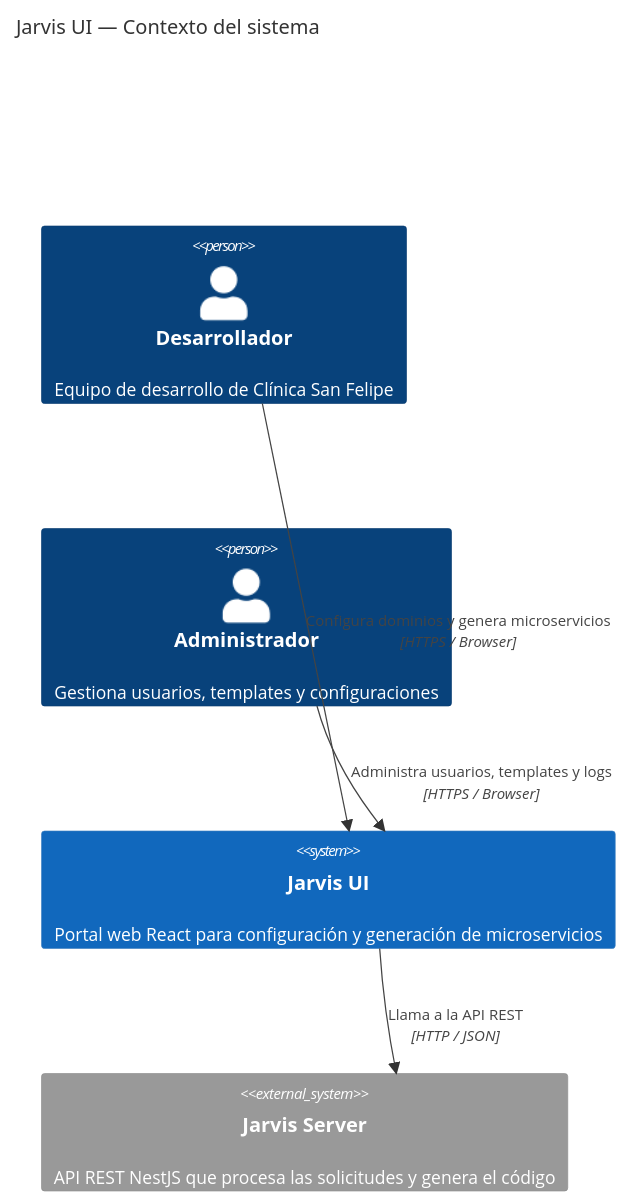
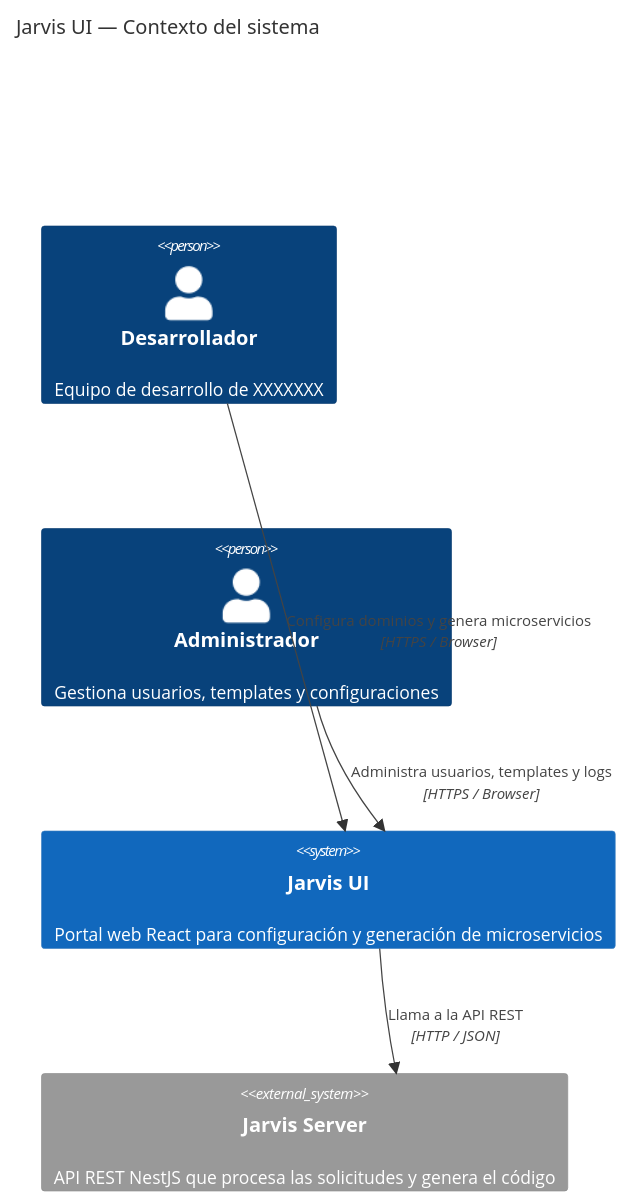
Before and after one commit to HCE-REPOSV1/HCE-STARTER-PLATFORM: the first of 4 diagrams in jarvis-ui/README.md, drawn with Mermaid. The commit also changed other lines of this file and 21 other files, not shown here.

````diff
--- a/jarvis-ui/README.md
+++ b/jarvis-ui/README.md
@@ -96,15 +96,15 @@
 ```mermaid
 C4Context
   title Jarvis UI — Contexto del sistema
 
-  Person(dev, "Desarrollador", "Equipo de desarrollo de Clínica San Felipe")
+  Person(dev, "Desarrollador", "Equipo de desarrollo de XXXXXXX")
   Person(admin, "Administrador", "Gestiona usuarios, templates y configuraciones")
 
   System(ui, "Jarvis UI", "Portal web React para configuración y generación de microservicios")
 
   System_Ext(server, "Jarvis Server", "API REST NestJS que procesa las solicitudes y genera el código")
 
   Rel(dev, ui, "Configura dominios y genera microservicios", "HTTPS / Browser")
   Rel(admin, ui, "Administra usuarios, templates y logs", "HTTPS / Browser")
   Rel(ui, server, "Llama a la API REST", "HTTP / JSON")
 ```
````
